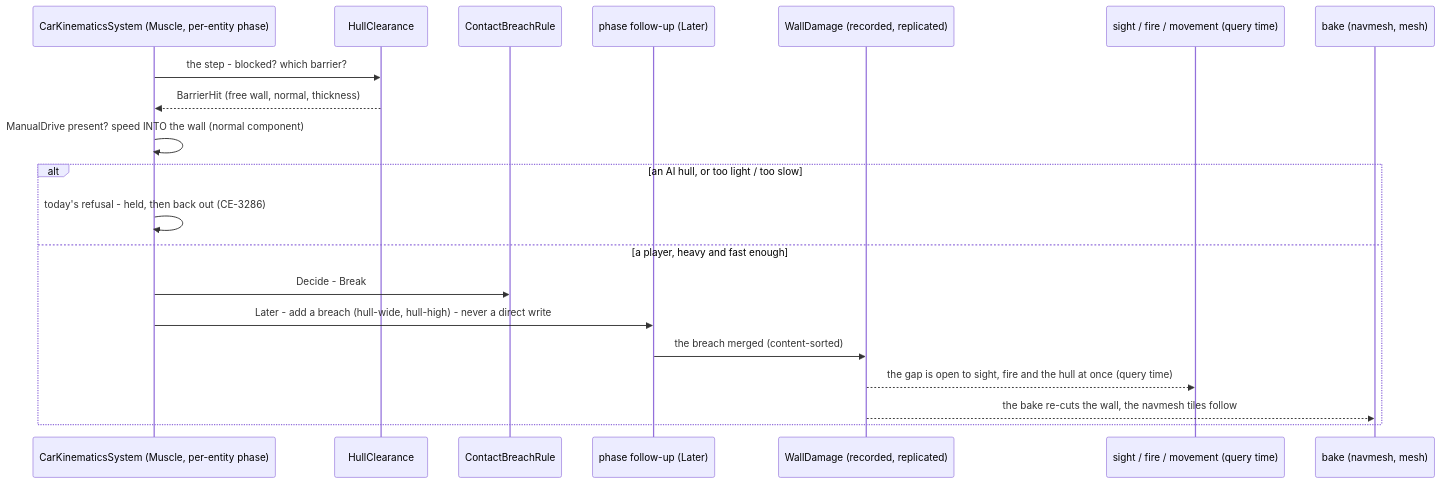
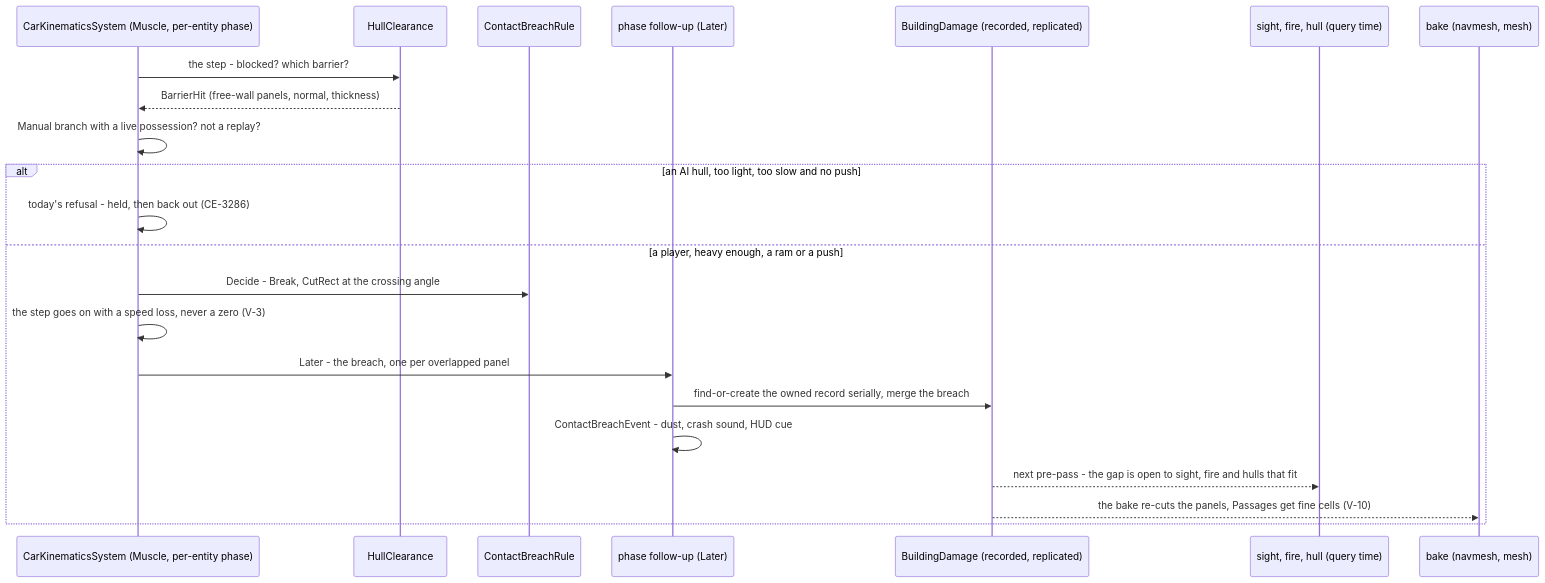
One commit to pjanec/HROT changed the second of 5 diagrams in docs/DESIGN_Vehicle_Breaching.md. Above: the diagram before and after it, drawn with Mermaid. The commit also changed other lines of this file and 9 other files, not shown here.

````diff
--- a/docs/DESIGN_Vehicle_Breaching.md
+++ b/docs/DESIGN_Vehicle_Breaching.md
@@ -113,22 +142,24 @@
 ```mermaid
 sequenceDiagram
   participant K as CarKinematicsSystem (Muscle, per-entity phase)
   participant H as HullClearance
   participant R as ContactBreachRule
   participant F as phase follow-up (Later)
-  participant W as WallDamage (recorded, replicated)
-  participant Q as sight / fire / movement (query time)
+  participant D as BuildingDamage (recorded, replicated)
+  participant Q as sight, fire, hull (query time)
   participant B as bake (navmesh, mesh)
   K->>H: the step - blocked? which barrier?
-  H-->>K: BarrierHit (free wall, normal, thickness)
-  K->>K: ManualDrive present? speed INTO the wall (normal component)
-  alt an AI hull, or too light / too slow
+  H-->>K: BarrierHit (free-wall panels, normal, thickness)
+  K->>K: Manual branch with a live possession? not a replay?
+  alt an AI hull, too light, too slow and no push
     K->>K: today's refusal - held, then back out (CE-3286)
-  else a player, heavy and fast enough
-    K->>R: Decide - Break
-    K->>F: Later - add a breach (hull-wide, hull-high) - never a direct write
-    F->>W: the breach merged (content-sorted)
-    W-->>Q: the gap is open to sight, fire and the hull at once (query time)
-    W-->>B: the bake re-cuts the wall, the navmesh tiles follow
+  else a player, heavy enough, a ram or a push
+    K->>R: Decide - Break, CutRect at the crossing angle
+    K->>K: the step goes on with a speed loss, never a zero (V-3)
+    K->>F: Later - the breach, one per overlapped panel
+    F->>D: find-or-create the owned record serially, merge the breach
+    F->>F: ContactBreachEvent - dust, crash sound, HUD cue
+    D-->>Q: next pre-pass - the gap is open to sight, fire and hulls that fit
+    D-->>B: the bake re-cuts the panels, Passages get fine cells (V-10)
   end
 ```
````
